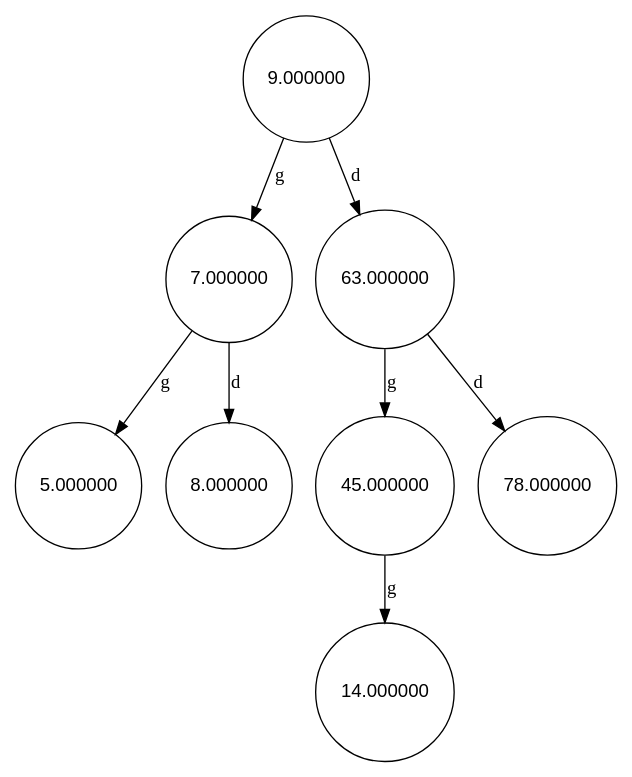
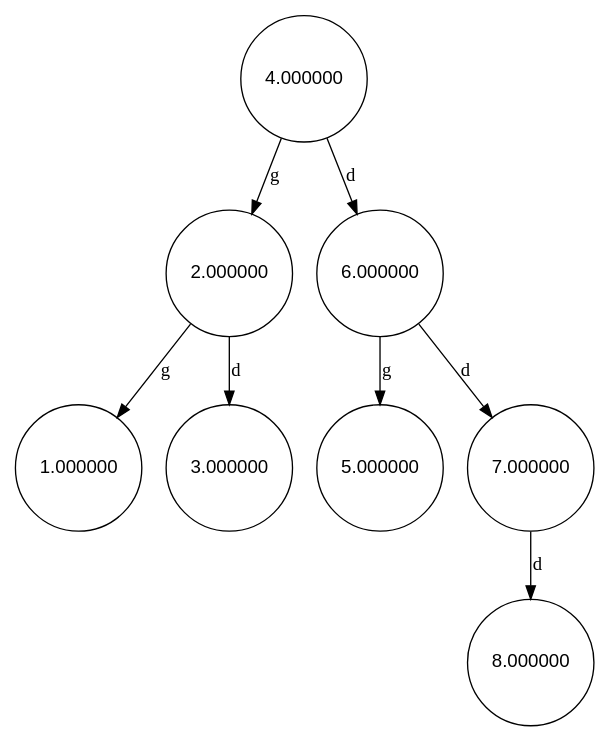
One commit to LeoDupuy02/AVR_balise changed the diagram in src/File_AVL.dot. Above: the diagram before and after it, drawn with Graphviz. The commit also changed 3 other files, not shown here.

```diff
--- a/src/File_AVL.dot
+++ b/src/File_AVL.dot
@@ -1,18 +1,18 @@
 digraph Arbre {
     node [shape=circle, fontname="Arial"];
-    "0x5853e4c302d0" [label="9.000000"];
-    "0x5853e4c302d0" -> "0x5853e4c30290" [label="g"];
-    "0x5853e4c30290" [label="7.000000"];
-    "0x5853e4c30290" -> "0x5853e4c30210" [label="g"];
-    "0x5853e4c30210" [label="5.000000"];
-    "0x5853e4c30290" -> "0x5853e4c30250" [label="d"];
-    "0x5853e4c30250" [label="8.000000"];
-    "0x5853e4c302d0" -> "0x5853e4c30350" [label="d"];
-    "0x5853e4c30350" [label="63.000000"];
-    "0x5853e4c30350" -> "0x5853e4c30310" [label="g"];
-    "0x5853e4c30310" [label="45.000000"];
-    "0x5853e4c30310" -> "0x5853e4c303d0" [label="g"];
-    "0x5853e4c303d0" [label="14.000000"];
-    "0x5853e4c30350" -> "0x5853e4c30390" [label="d"];
-    "0x5853e4c30390" [label="78.000000"];
+    "0x64070b959f10" [label="4.000000"];
+    "0x64070b959f10" -> "0x64070b959e90" [label="g"];
+    "0x64070b959e90" [label="2.000000"];
+    "0x64070b959e90" -> "0x64070b959e50" [label="g"];
+    "0x64070b959e50" [label="1.000000"];
+    "0x64070b959e90" -> "0x64070b959ed0" [label="d"];
+    "0x64070b959ed0" [label="3.000000"];
+    "0x64070b959f10" -> "0x64070b959f90" [label="d"];
+    "0x64070b959f90" [label="6.000000"];
+    "0x64070b959f90" -> "0x64070b959f50" [label="g"];
+    "0x64070b959f50" [label="5.000000"];
+    "0x64070b959f90" -> "0x64070b959fd0" [label="d"];
+    "0x64070b959fd0" [label="7.000000"];
+    "0x64070b959fd0" -> "0x64070b95a010" [label="d"];
+    "0x64070b95a010" [label="8.000000"];
 }
```
